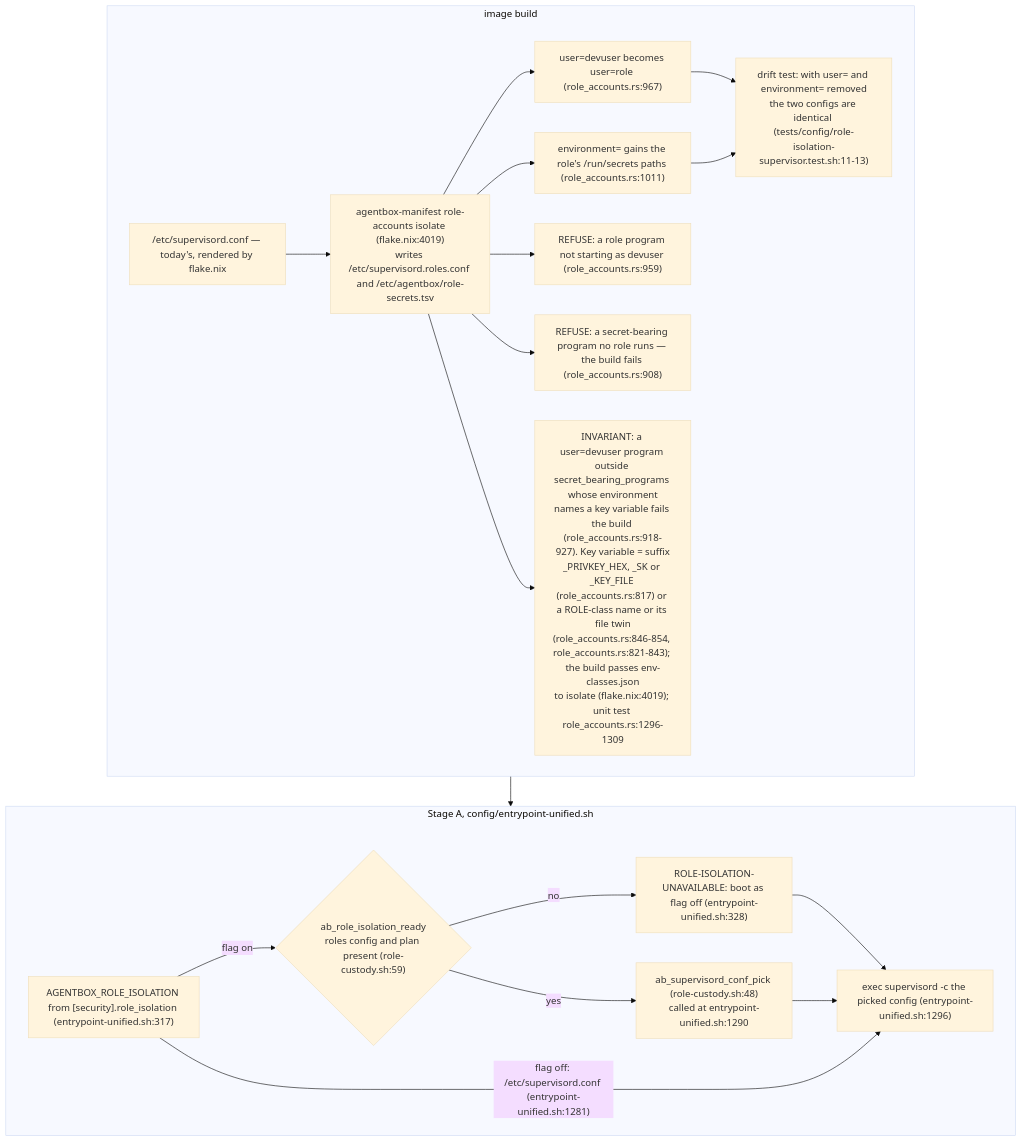
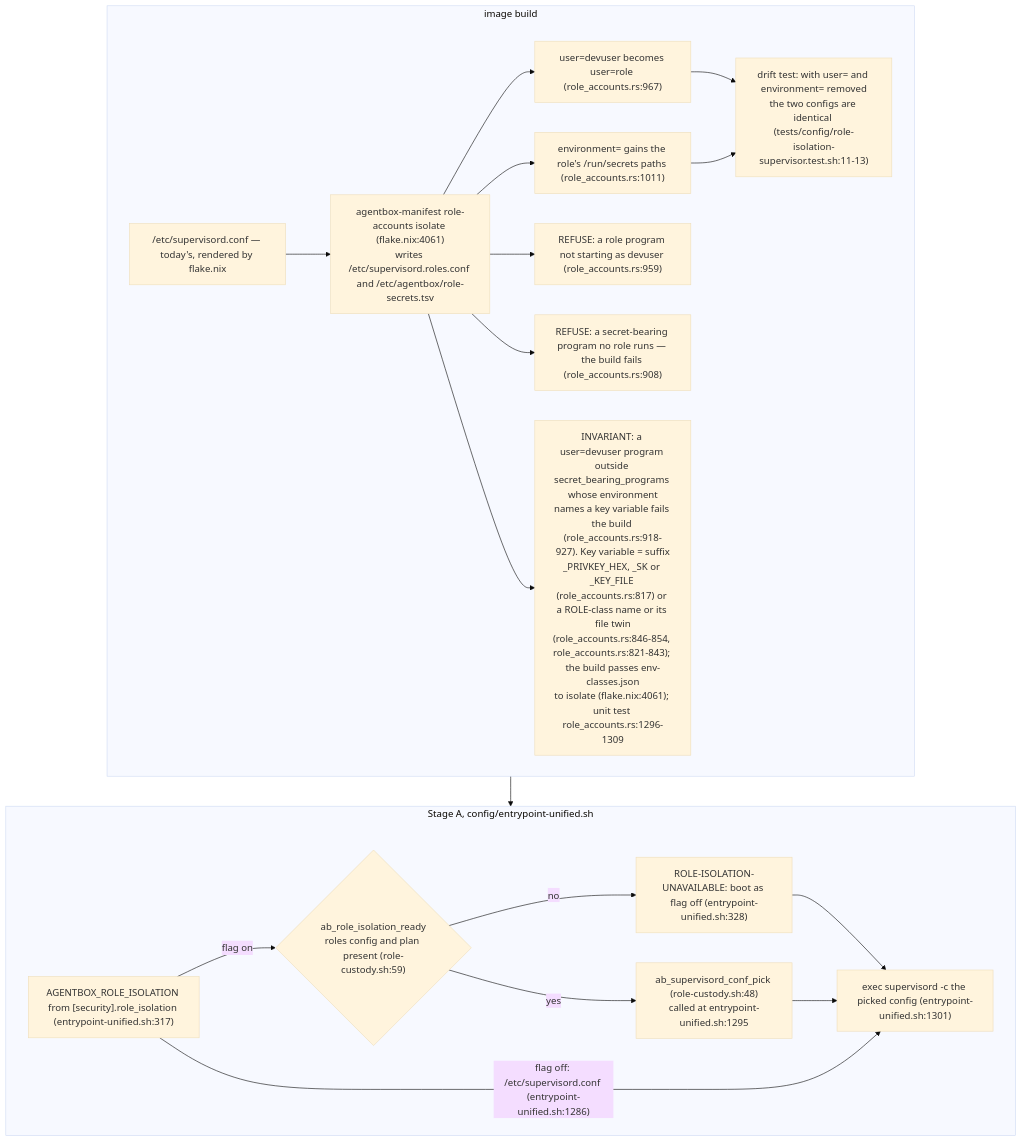
One commit to DreamLab-AI/VisionFlow changed the second of 7 diagrams in docs/diagrams/agentbox/36-role-isolation-and-identity-port.md. Above: the diagram before and after it, drawn with Mermaid (base theme). The commit also changed other lines of this file and 36 other files, not shown here.

First line of the commit message:
docs(diagrams): re-derive and re-stamp agentbox, dream-engine, visioncraft, visiontouch and vowl topics; drop LAN addresses

````diff
--- a/docs/diagrams/agentbox/36-role-isolation-and-identity-port.md
+++ b/docs/diagrams/agentbox/36-role-isolation-and-identity-port.md
@@ -86,28 +91,28 @@
 ```mermaid
 flowchart TB
     subgraph BUILD["image build"]
         TODAY["/etc/supervisord.conf — today's, rendered by flake.nix"]
-        ISO["agentbox-manifest role-accounts isolate (flake.nix:4019)<br/>writes /etc/supervisord.roles.conf and /etc/agentbox/role-secrets.tsv"]
+        ISO["agentbox-manifest role-accounts isolate (flake.nix:4061)<br/>writes /etc/supervisord.roles.conf and /etc/agentbox/role-secrets.tsv"]
         TODAY --> ISO
         ISO --> R1["user=devuser becomes user=role (role_accounts.rs:967)"]
         ISO --> R2["environment= gains the role's /run/secrets paths (role_accounts.rs:1011)"]
         ISO --> F1["REFUSE: a role program not starting as devuser (role_accounts.rs:959)"]
         ISO --> F2["REFUSE: a secret-bearing program no role runs — the build fails (role_accounts.rs:908)"]
-        ISO --> F3["INVARIANT: a user=devuser program outside secret_bearing_programs whose environment<br/>names a key variable fails the build (role_accounts.rs:918-927). Key variable = suffix<br/>_PRIVKEY_HEX, _SK or _KEY_FILE (role_accounts.rs:817) or a ROLE-class name or its file twin<br/>(role_accounts.rs:846-854, role_accounts.rs:821-843); the build passes env-classes.json<br/>to isolate (flake.nix:4019); unit test role_accounts.rs:1296-1309"]
+        ISO --> F3["INVARIANT: a user=devuser program outside secret_bearing_programs whose environment<br/>names a key variable fails the build (role_accounts.rs:918-927). Key variable = suffix<br/>_PRIVKEY_HEX, _SK or _KEY_FILE (role_accounts.rs:817) or a ROLE-class name or its file twin<br/>(role_accounts.rs:846-854, role_accounts.rs:821-843); the build passes env-classes.json<br/>to isolate (flake.nix:4061); unit test role_accounts.rs:1296-1309"]
         T["drift test: with user= and environment= removed<br/>the two configs are identical (tests/config/role-isolation-supervisor.test.sh:11-13)"]
         R1 --> T
         R2 --> T
     end
     subgraph BOOT["Stage A, config/entrypoint-unified.sh"]
         FLAG["AGENTBOX_ROLE_ISOLATION from [security].role_isolation (entrypoint-unified.sh:317)"]
         READY{"ab_role_isolation_ready<br/>roles config and plan present (role-custody.sh:59)"}
         UN["ROLE-ISOLATION-UNAVAILABLE: boot as flag off (entrypoint-unified.sh:328)"]
-        PICK["ab_supervisord_conf_pick (role-custody.sh:48)<br/>called at entrypoint-unified.sh:1290"]
-        EXEC["exec supervisord -c the picked config (entrypoint-unified.sh:1296)"]
+        PICK["ab_supervisord_conf_pick (role-custody.sh:48)<br/>called at entrypoint-unified.sh:1295"]
+        EXEC["exec supervisord -c the picked config (entrypoint-unified.sh:1301)"]
         FLAG -->|"flag on"| READY
         READY -->|"no"| UN --> EXEC
         READY -->|"yes"| PICK --> EXEC
-        FLAG -->|"flag off: /etc/supervisord.conf (entrypoint-unified.sh:1281)"| EXEC
+        FLAG -->|"flag off: /etc/supervisord.conf (entrypoint-unified.sh:1286)"| EXEC
     end
     BUILD --> BOOT
 ```
````
